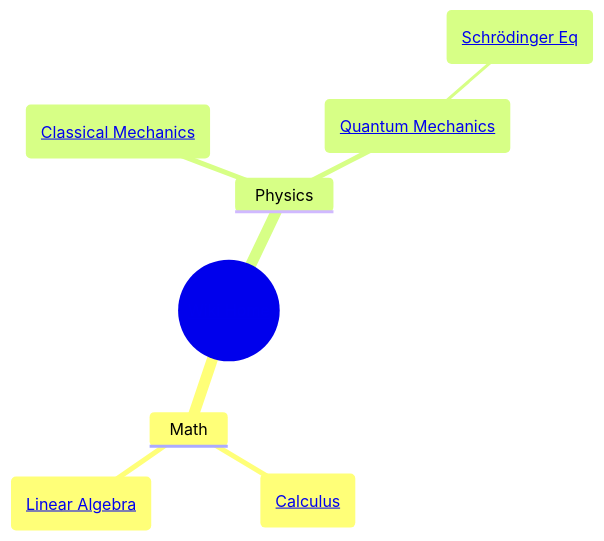
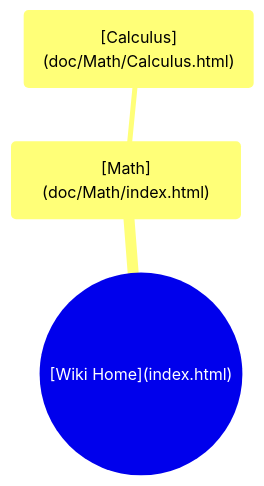
Before and after one commit to MKReyesH/ScientificWiki: the diagram in doc/Physics/example3.qmd, drawn with Mermaid.

Commit message:
Testing mermaid compatibility

````diff
--- a/doc/Physics/example3.qmd
+++ b/doc/Physics/example3.qmd
@@ -36,11 +36,6 @@
 ```{mermaid}
 mindmap
-  root(("<a href='index.html'>Wiki Home</a>"))
-    Math
-      calc("<a href='doc/Math/Calculus.html'>Calculus</a>")
-      linalg("<a href='doc/Math/Linear_Algebra.html'>Linear Algebra</a>")
-    Physics
-      cm("<a href='doc/Physics/Classical_Mechanics.html'>Classical Mechanics</a>")
-      qm("<a href='doc/Physics/Quantum_Mechanics.html'>Quantum Mechanics</a>")
-        seq("<a href='doc/Physics/Schrodinger.html'>Schrödinger Eq</a>")
+  root(("`[Wiki Home](index.html)`"))
+    math_node("`[Math](doc/Math/index.html)`")
+      calc("`[Calculus](doc/Math/Calculus.html)`")
 ```
````
